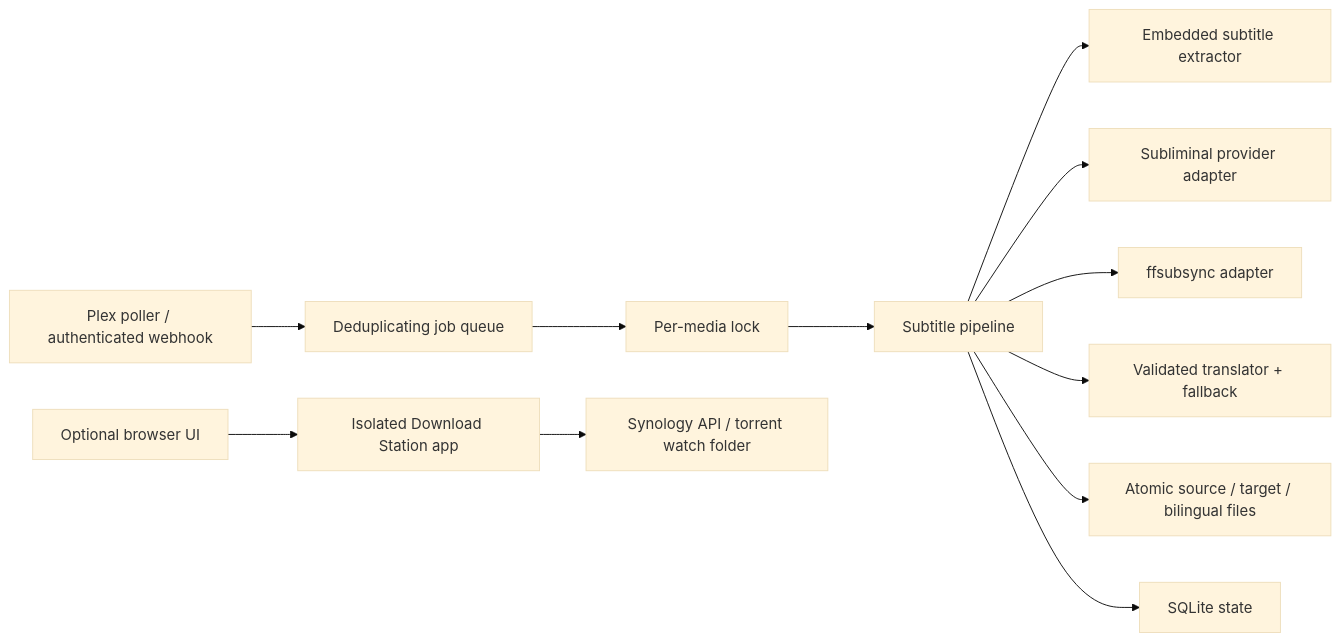
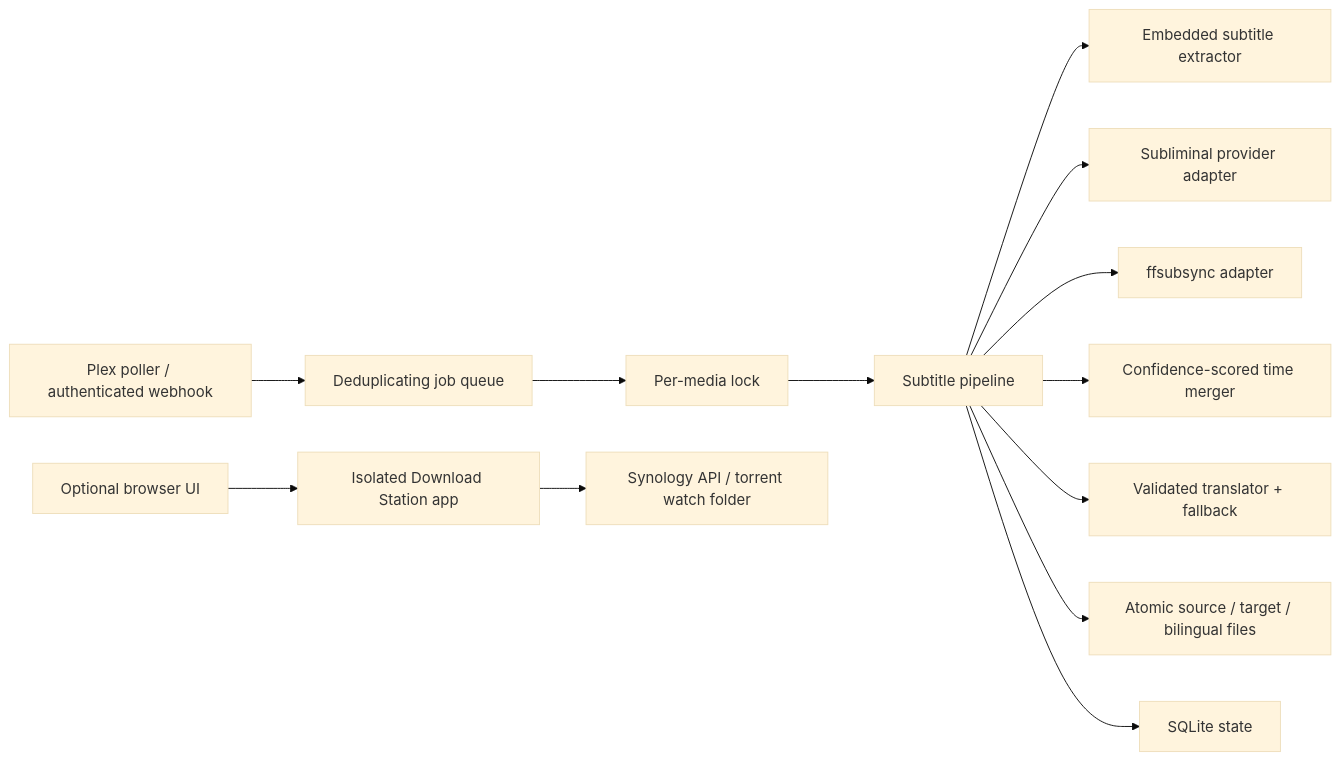
Before and after one commit to NLINEA/PairCue: the diagram in ARCHITECTURE.md, drawn with Mermaid (base theme). The commit also changed other lines of this file and 8 other files, not shown here.

````diff
--- a/ARCHITECTURE.md
+++ b/ARCHITECTURE.md
@@ -15,15 +15,16 @@
 ```mermaid
 flowchart LR
     Plex["Plex poller / authenticated webhook"] --> Queue["Deduplicating job queue"]
     Queue --> Lock["Per-media lock"]
     Lock --> Pipeline["Subtitle pipeline"]
     Pipeline --> Embedded["Embedded subtitle extractor"]
     Pipeline --> Provider["Subliminal provider adapter"]
     Pipeline --> Sync["ffsubsync adapter"]
+    Pipeline --> Merge["Confidence-scored time merger"]
     Pipeline --> Translate["Validated translator + fallback"]
     Pipeline --> Output["Atomic source / target / bilingual files"]
     Pipeline --> State["SQLite state"]
 
     Browser["Optional browser UI"] --> DownloadAPI["Isolated Download Station app"]
     DownloadAPI --> Synology["Synology API / torrent watch folder"]
 ```
````
